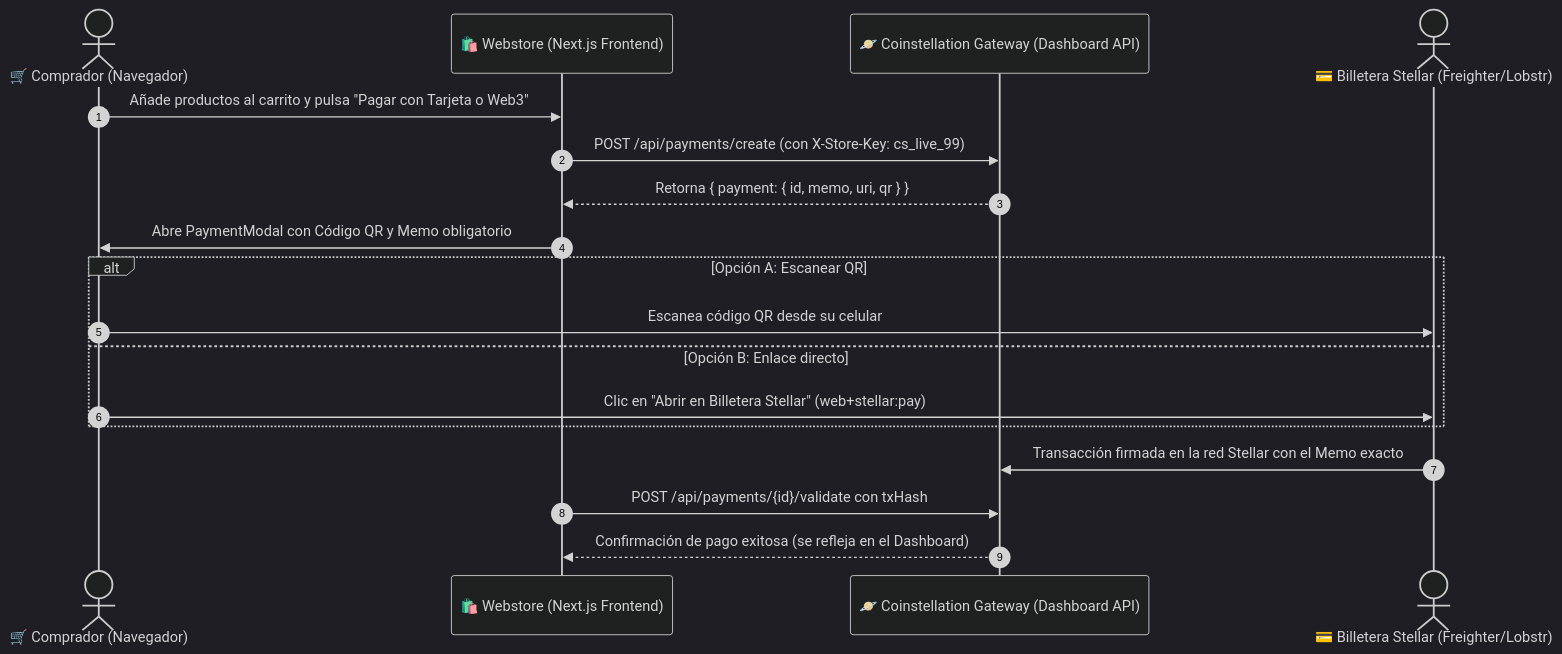
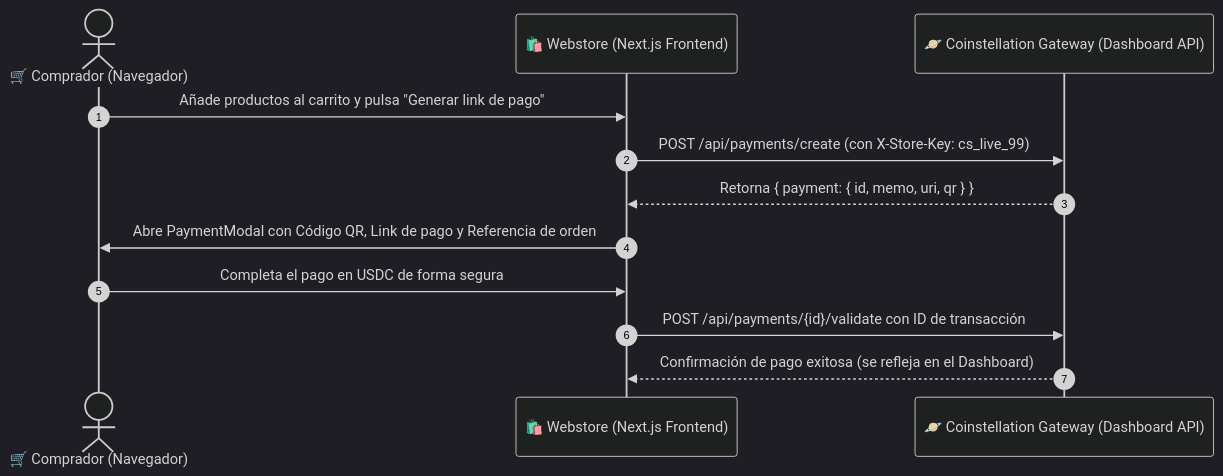
The second of 2 diagrams in README.md (JaimeH-Q/coinstellation-webstore-example), drawn with Mermaid (dark theme) before and after one commit. The commit also changed other lines of this file and 3 other files, not shown here.

````diff
--- a/README.md
+++ b/README.md
@@ -105,21 +104,15 @@
 ```mermaid
 sequenceDiagram
     autonumber
     actor Comprador as 🛒 Comprador (Navegador)
     participant UI as 🛍️ Webstore (Next.js Frontend)
     participant Coinstellation as 🪐 Coinstellation Gateway (Dashboard API)
-    actor Wallet as 💳 Billetera Stellar (Freighter/Lobstr)
 
-    Comprador->>UI: Añade productos al carrito y pulsa "Pagar con Tarjeta o Web3"
+    Comprador->>UI: Añade productos al carrito y pulsa "Generar link de pago"
     UI->>Coinstellation: POST /api/payments/create (con X-Store-Key: cs_live_99)
     Coinstellation-->>UI: Retorna { payment: { id, memo, uri, qr } }
-    UI->>Comprador: Abre PaymentModal con Código QR y Memo obligatorio
-    alt Opción A: Escanear QR
-        Comprador->>Wallet: Escanea código QR desde su celular
-    else Opción B: Enlace directo
-        Comprador->>Wallet: Clic en "Abrir en Billetera Stellar" (web+stellar:pay)
-    end
-    Wallet->>Coinstellation: Transacción firmada en la red Stellar con el Memo exacto
-    UI->>Coinstellation: POST /api/payments/{id}/validate con txHash
+    UI->>Comprador: Abre PaymentModal con Código QR, Link de pago y Referencia de orden
+    Comprador->>UI: Completa el pago en USDC de forma segura
+    UI->>Coinstellation: POST /api/payments/{id}/validate con ID de transacción
     Coinstellation-->>UI: Confirmación de pago exitosa (se refleja en el Dashboard)
 ```
````
